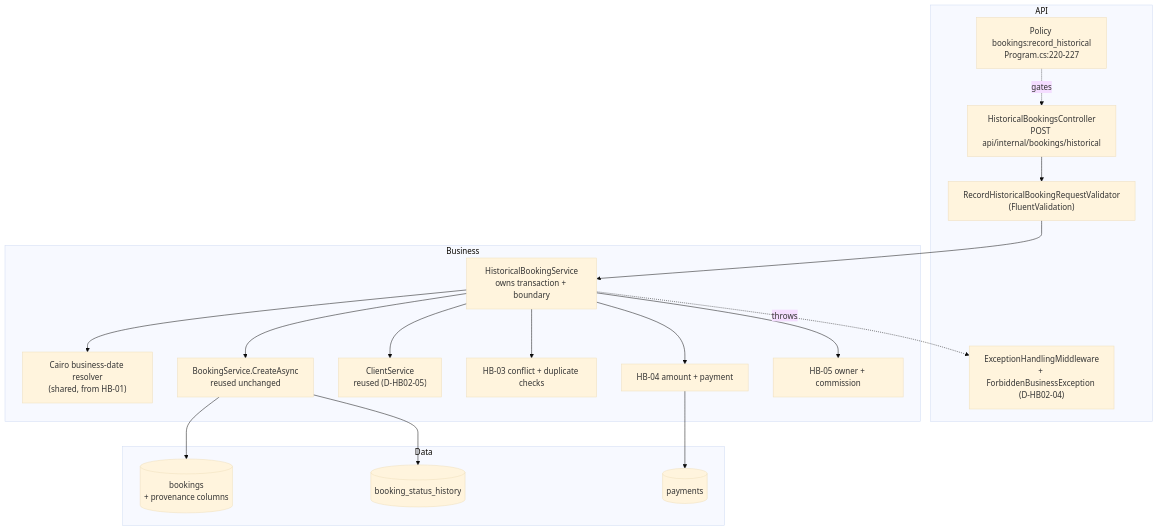
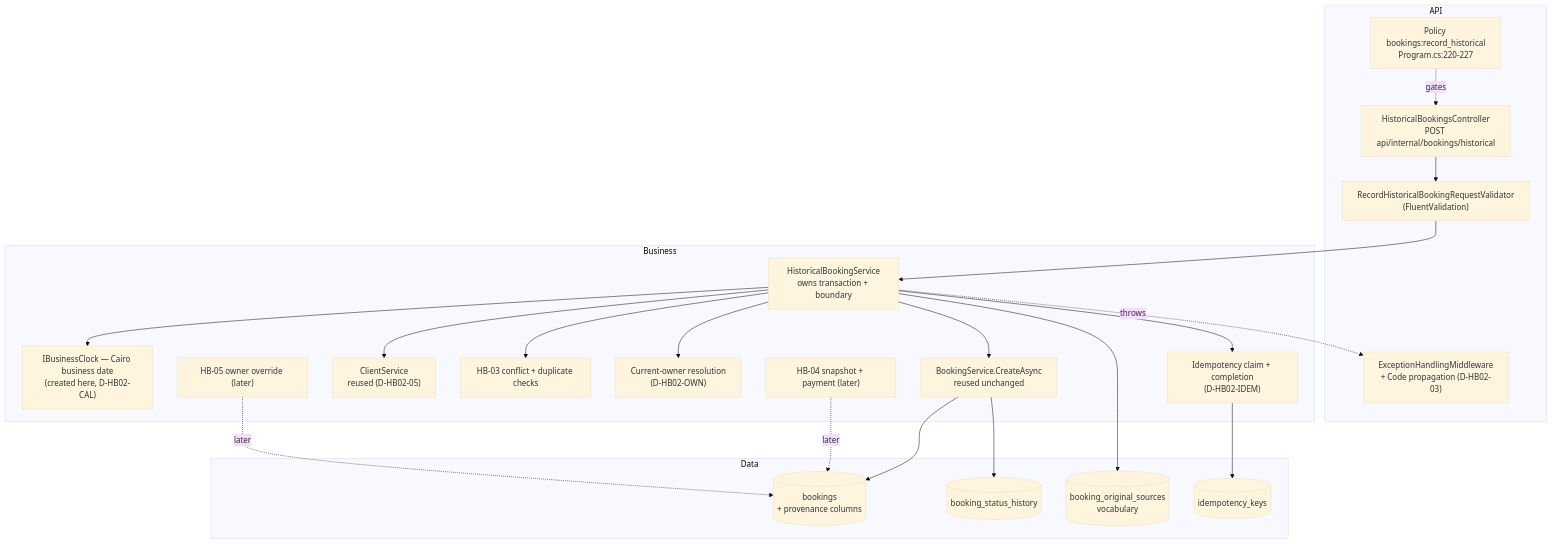
One commit to HozaifaAlmelli/REMAL changed the second of 3 diagrams in docs/plans/historical-bookings/02_TICKET_HISTORICAL_BOOKING_DOMAIN_AND_API.md. Above: the diagram before and after it, drawn with Mermaid (base theme). The commit also changed other lines of this file and 11 other files, not shown here.

````diff
--- a/docs/plans/historical-bookings/02_TICKET_HISTORICAL_BOOKING_DOMAIN_AND_API.md
+++ b/docs/plans/historical-bookings/02_TICKET_HISTORICAL_BOOKING_DOMAIN_AND_API.md
@@ -370,33 +487,40 @@
 ```mermaid
 graph TD
     subgraph API
         HC["HistoricalBookingsController<br/>POST api/internal/bookings/historical"]
         VAL["RecordHistoricalBookingRequestValidator<br/>(FluentValidation)"]
         POL["Policy bookings:record_historical<br/>Program.cs:220-227"]
-        MW["ExceptionHandlingMiddleware<br/>+ ForbiddenBusinessException (D-HB02-04)"]
+        MW["ExceptionHandlingMiddleware<br/>+ Code propagation (D-HB02-03)"]
     end
     subgraph Business
         HS["HistoricalBookingService<br/>owns transaction + boundary"]
-        CAL["Cairo business-date resolver<br/>(shared, from HB-01)"]
+        CAL["IBusinessClock — Cairo business date<br/>(created here, D-HB02-CAL)"]
         BS["BookingService.CreateAsync<br/>reused unchanged"]
         CS["ClientService<br/>reused (D-HB02-05)"]
         H3["HB-03 conflict + duplicate checks"]
-        H4["HB-04 amount + payment"]
-        H5["HB-05 owner + commission"]
+        OWN["Current-owner resolution<br/>(D-HB02-OWN)"]
+        IDM["Idempotency claim + completion<br/>(D-HB02-IDEM)"]
+        H4["HB-04 snapshot + payment (later)"]
+        H5["HB-05 owner override (later)"]
     end
     subgraph Data
         BK[("bookings<br/>+ provenance columns")]
         BH[("booking_status_history")]
-        PM[("payments")]
+        SRC[("booking_original_sources<br/>vocabulary")]
+        IDK[("idempotency_keys")]
     end
 
     HC --> VAL --> HS
     POL -.gates.-> HC
     HS -.throws.-> MW
     HS --> CAL
-    HS --> H3 & H4 & H5
+    HS --> H3
+    HS --> OWN & IDM
     HS --> CS
     HS --> BS --> BK
     BS --> BH
-    H4 --> PM
+    HS --> SRC
+    IDM --> IDK
+    H4 -.later.-> BK
+    H5 -.later.-> BK
 ```
````
